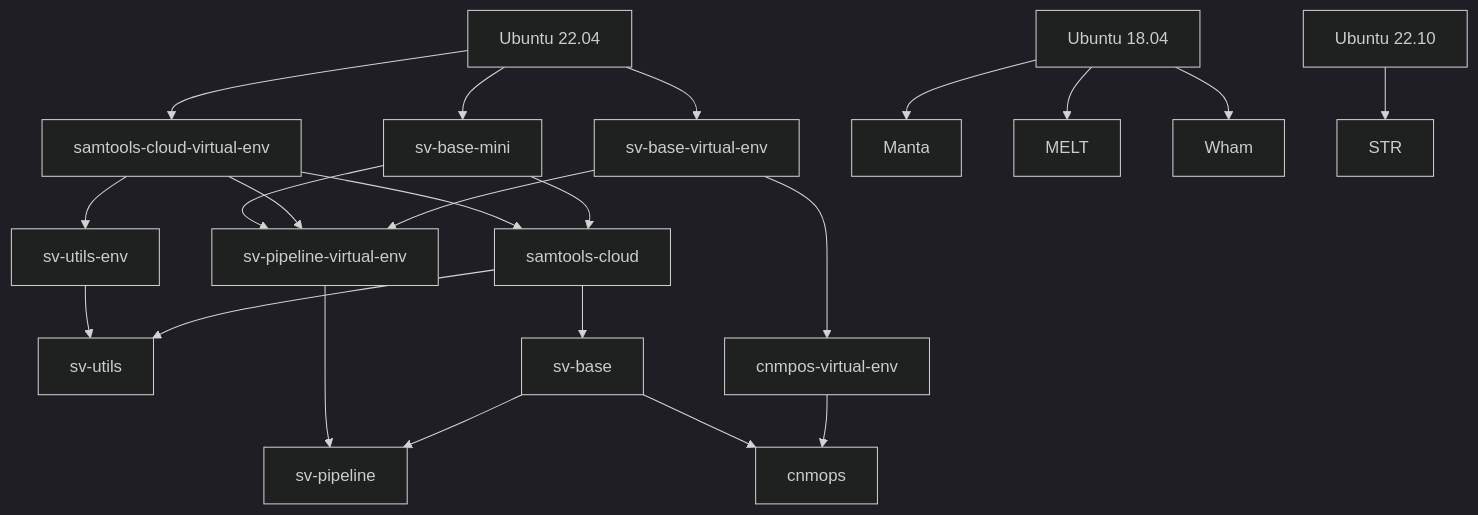
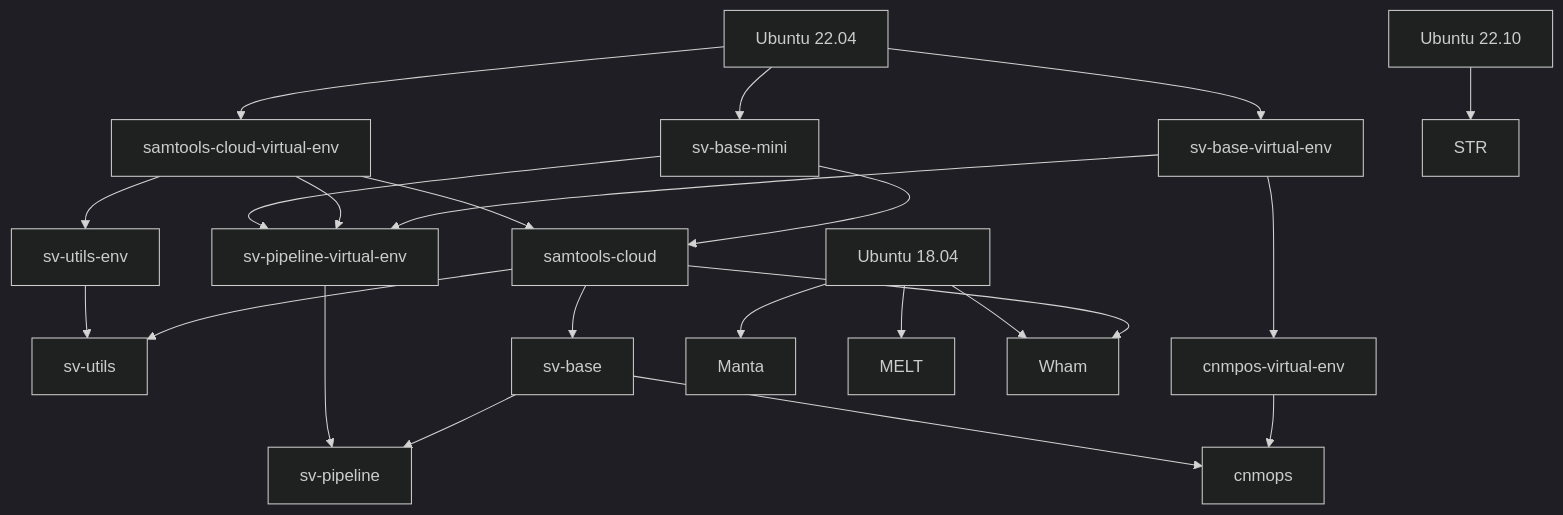
The diagram in website/docs/advanced/docker/images.md (broadinstitute/gatk-sv), drawn with Mermaid (dark theme) before and after one commit. The commit also changed other lines of this file and 1 other file, not shown here.

````diff
--- a/website/docs/advanced/docker/images.md
+++ b/website/docs/advanced/docker/images.md
@@ -27,15 +30,16 @@
 ```mermaid
 flowchart TD
     ubuntu22[Ubuntu 22.04] --> svbasemini[sv-base-mini] & samtoolsenv[samtools-cloud-virtual-env] & svbaseenv[sv-base-virtual-env]
     svbasemini & samtoolsenv & svbaseenv --> svpipelineenv[sv-pipeline-virtual-env]
     samtoolsenv --> samtoolscloud[samtools-cloud] & svutilsenv[sv-utils-env]
     svbasemini --> samtoolscloud
     svutilsenv --> svutils[sv-utils]
     samtoolscloud --> svutils & svbase[sv-base]
     svpipelineenv & svbase --> svpipeline[sv-pipeline]
     svbaseenv --> cnmopsenv[cnmpos-virtual-env]
     svbase & cnmopsenv --> cnmpos[cnmops]
 
     ubuntu18[Ubuntu 18.04] --> manta[Manta] & melt[MELT] & wham[Wham]
+    samtoolscloud --> wham
     ubuntu2210[Ubuntu 22.10] --> str[STR]
 ```
````
